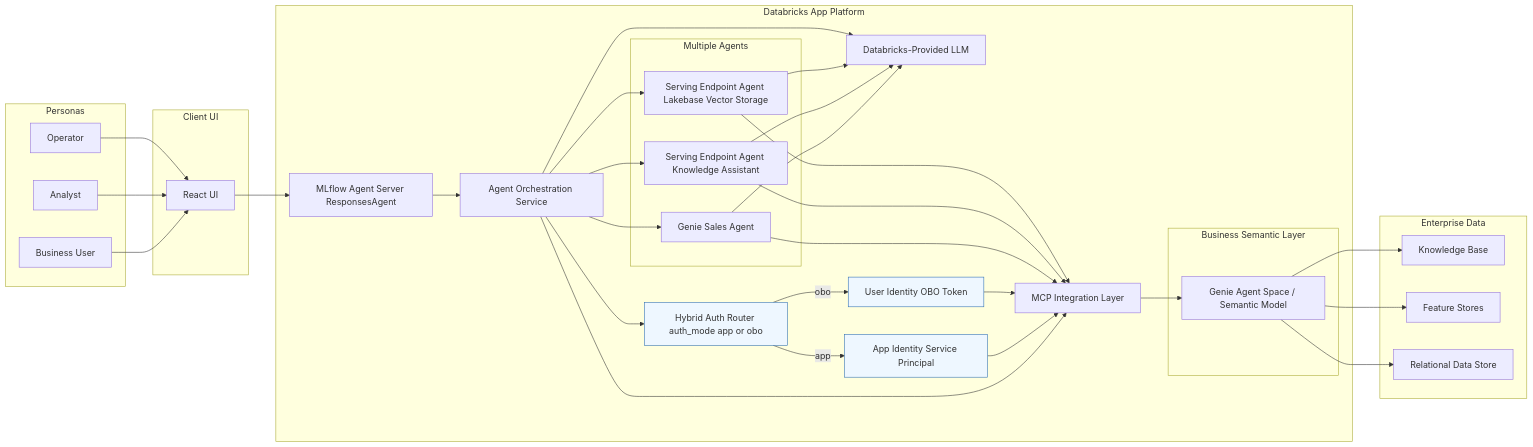
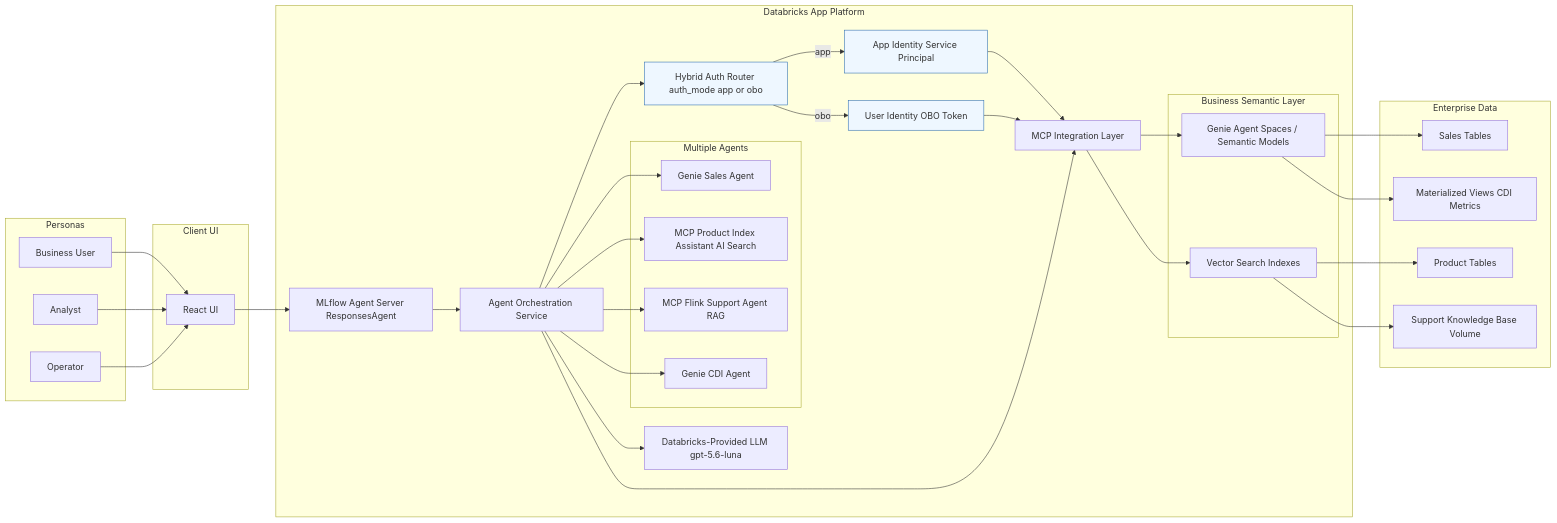
One commit to wchen-dea/Governed-Multi-Agent-Intelligence-on-Databricks changed the first of 2 diagrams in docs/architecture/system-architecture.md. Above: the diagram before and after it, drawn with Mermaid. The commit also changed other lines of this file and 5 other files, not shown here.

````diff
--- a/docs/architecture/system-architecture.md
+++ b/docs/architecture/system-architecture.md
@@ -65,72 +65,71 @@
 ```mermaid
 flowchart LR
     subgraph Personas[Personas]
         P1[Business User]
         P2[Analyst]
         P3[Operator]
     end
 
     subgraph Client[Client UI]
         UI[React UI]
     end
 
     subgraph Platform[Databricks App Platform]
         AS[MLflow Agent Server ResponsesAgent]
         ORCH[Agent Orchestration Service]
         AUTH[Hybrid Auth Router auth_mode app or obo]
         MCP[MCP Integration Layer]
-        LLM[Databricks-Provided LLM]
+        LLM[Databricks-Provided LLM gpt-5.6-luna]
 
         APPID[App Identity Service Principal]
         OBOID[User Identity OBO Token]
 
         subgraph Agents[Multiple Agents]
             A1[Genie Sales Agent]
-            A2[Serving Endpoint Agent Knowledge Assistant]
-            A3[Serving Endpoint Agent Lakebase Vector Storage]
+            A2[MCP Product Index Assistant AI Search]
+            A3[MCP Flink Support Agent RAG]
+            A4[Genie CDI Agent]
         end
 
         subgraph Semantic[Business Semantic Layer]
-            BSL[Genie Agent Space / Semantic Model]
+            BSL[Genie Agent Spaces / Semantic Models]
+            VS[Vector Search Indexes]
         end
     end
 
     subgraph Data[Enterprise Data]
-        KB[Knowledge Base]
-        FS[Feature Stores]
-        RDS[Relational Data Store]
+        KB[Support Knowledge Base Volume]
+        MV[Materialized Views CDI Metrics]
+        PT[Product Tables]
+        ST[Sales Tables]
     end
 
     P1 --> UI
     P2 --> UI
     P3 --> UI
 
     UI --> AS
     AS --> ORCH
     ORCH --> AUTH
     AUTH -->|app| APPID
     AUTH -->|obo| OBOID
     ORCH --> A1
     ORCH --> A2
     ORCH --> A3
+    ORCH --> A4
 
-    A1 --> LLM
-    A2 --> LLM
-    A3 --> LLM
     ORCH --> LLM
 
     ORCH --> MCP
     APPID --> MCP
     OBOID --> MCP
     MCP --> BSL
-    BSL --> KB
-    BSL --> FS
-    BSL --> RDS
-
-    A1 --> MCP
-    A2 --> MCP
-    A3 --> MCP
+    MCP --> VS
+    BSL --> ST
+    BSL --> MV
+    VS --> PT
+    VS --> KB
 
     classDef auth fill:#eef7ff,stroke:#2b6cb0,stroke-width:1px;
     class AUTH,APPID,OBOID auth;
 ```
````
